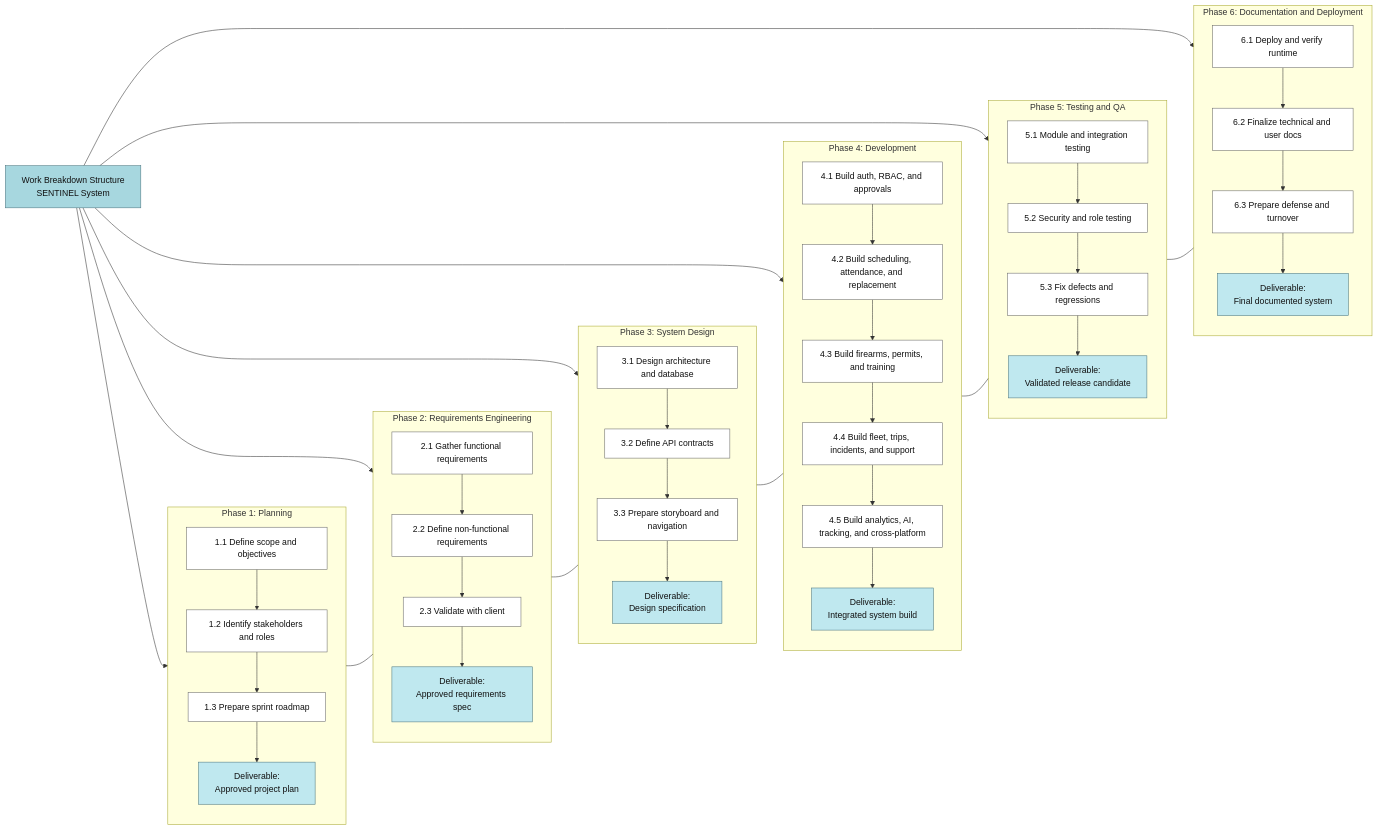
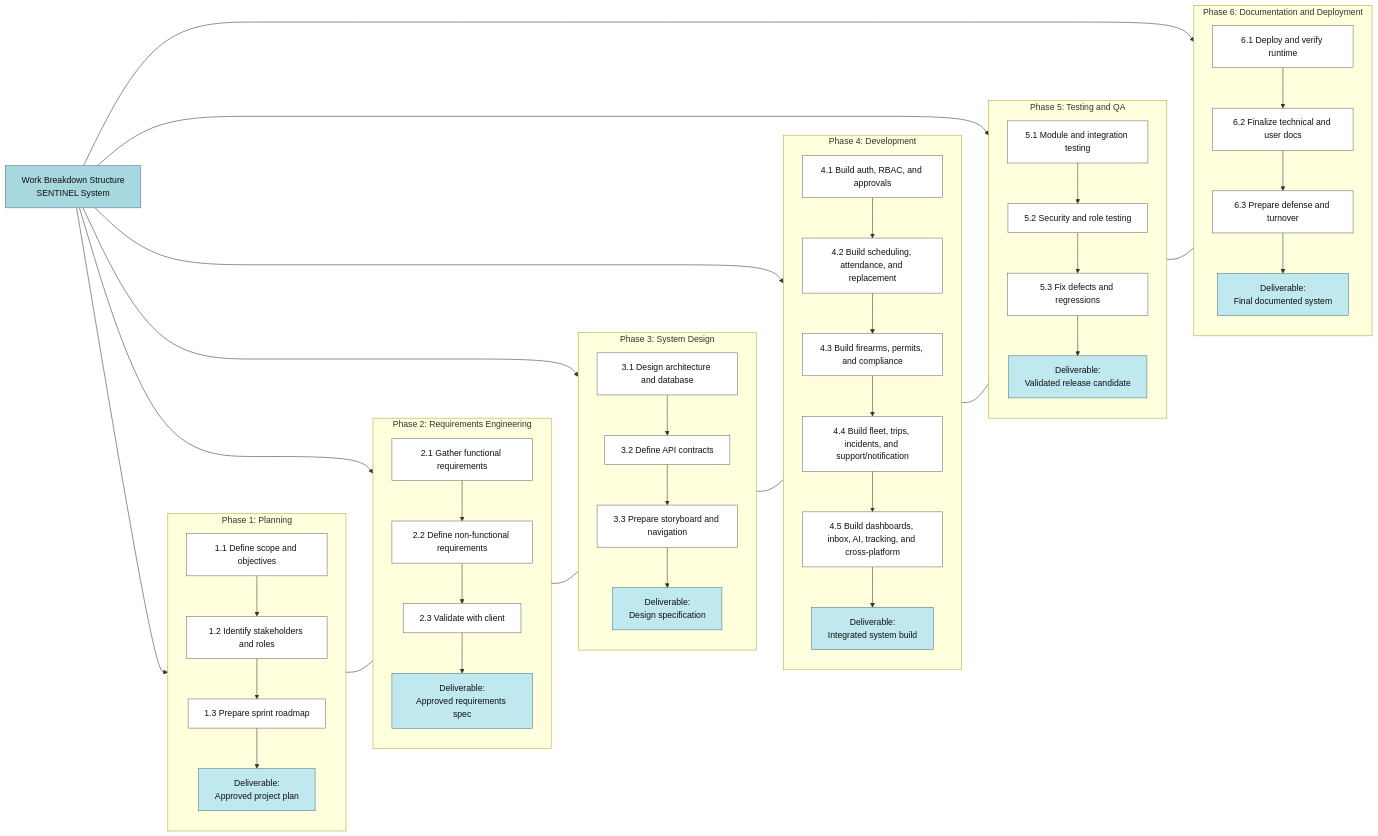
Before and after one commit to dwaytu/Capstone-Main: the first of 6 diagrams in SENTINEL - Group 8.md, drawn with Mermaid. The commit also changed other lines of this file and 20 other files, not shown here.

````diff
--- a/SENTINEL - Group 8.md
+++ b/SENTINEL - Group 8.md
@@ -962,77 +966,77 @@
 ```mermaid
 flowchart LR
 	ROOT["Work Breakdown Structure\nSENTINEL System"]
 
 	subgraph P1["Phase 1: Planning"]
 		direction TB
 		P1_1["1.1 Define scope and objectives"]
 		P1_2["1.2 Identify stakeholders and roles"]
 		P1_3["1.3 Prepare sprint roadmap"]
 		P1_D["Deliverable:\nApproved project plan"]
 		P1_1 --> P1_2 --> P1_3 --> P1_D
 	end
 
 	subgraph P2["Phase 2: Requirements Engineering"]
 		direction TB
 		P2_1["2.1 Gather functional requirements"]
 		P2_2["2.2 Define non-functional requirements"]
 		P2_3["2.3 Validate with client"]
 		P2_D["Deliverable:\nApproved requirements spec"]
 		P2_1 --> P2_2 --> P2_3 --> P2_D
 	end
 
 	subgraph P3["Phase 3: System Design"]
 		direction TB
 		P3_1["3.1 Design architecture and database"]
 		P3_2["3.2 Define API contracts"]
 		P3_3["3.3 Prepare storyboard and navigation"]
 		P3_D["Deliverable:\nDesign specification"]
 		P3_1 --> P3_2 --> P3_3 --> P3_D
 	end
 
 	subgraph P4["Phase 4: Development"]
 		direction TB
 		P4_1["4.1 Build auth, RBAC, and approvals"]
 		P4_2["4.2 Build scheduling, attendance, and replacement"]
-		P4_3["4.3 Build firearms, permits, and training"]
-		P4_4["4.4 Build fleet, trips, incidents, and support"]
-		P4_5["4.5 Build analytics, AI, tracking, and cross-platform"]
+		P4_3["4.3 Build firearms, permits, and compliance"]
+		P4_4["4.4 Build fleet, trips, incidents, and support/notification"]
+		P4_5["4.5 Build dashboards, inbox, AI, tracking, and cross-platform"]
 		P4_D["Deliverable:\nIntegrated system build"]
 		P4_1 --> P4_2 --> P4_3 --> P4_4 --> P4_5 --> P4_D
 	end
 
 	subgraph P5["Phase 5: Testing and QA"]
 		direction TB
 		P5_1["5.1 Module and integration testing"]
 		P5_2["5.2 Security and role testing"]
 		P5_3["5.3 Fix defects and regressions"]
 		P5_D["Deliverable:\nValidated release candidate"]
 		P5_1 --> P5_2 --> P5_3 --> P5_D
 	end
 
 	subgraph P6["Phase 6: Documentation and Deployment"]
 		direction TB
 		P6_1["6.1 Deploy and verify runtime"]
 		P6_2["6.2 Finalize technical and user docs"]
 		P6_3["6.3 Prepare defense and turnover"]
 		P6_D["Deliverable:\nFinal documented system"]
 		P6_1 --> P6_2 --> P6_3 --> P6_D
 	end
 
 	ROOT --> P1
 	ROOT --> P2
 	ROOT --> P3
 	ROOT --> P4
 	ROOT --> P5
 	ROOT --> P6
 
 	P1 --- P2 --- P3 --- P4 --- P5 --- P6
 
 	classDef head fill:#a7d7df,stroke:#4c7680,color:#111,stroke-width:1px;
 	classDef task fill:#ffffff,stroke:#6a6a6a,color:#111,stroke-width:1px;
 	classDef out fill:#bfe8ef,stroke:#4c7680,color:#111,stroke-width:1px;
 
 	class ROOT head;
 	class P1_1,P1_2,P1_3,P2_1,P2_2,P2_3,P3_1,P3_2,P3_3,P4_1,P4_2,P4_3,P4_4,P4_5,P5_1,P5_2,P5_3,P6_1,P6_2,P6_3 task;
 	class P1_D,P2_D,P3_D,P4_D,P5_D,P6_D out;
 ```
````
